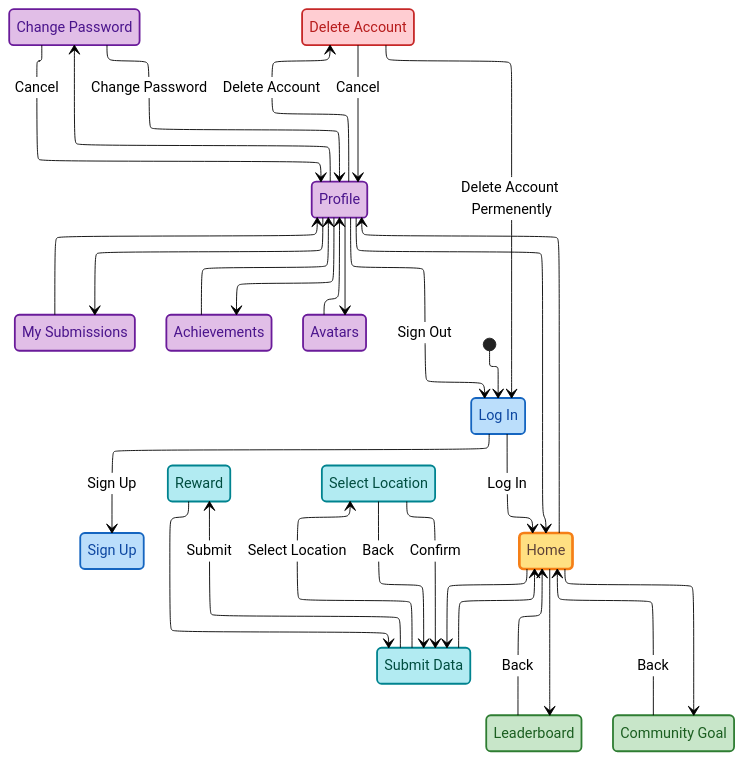
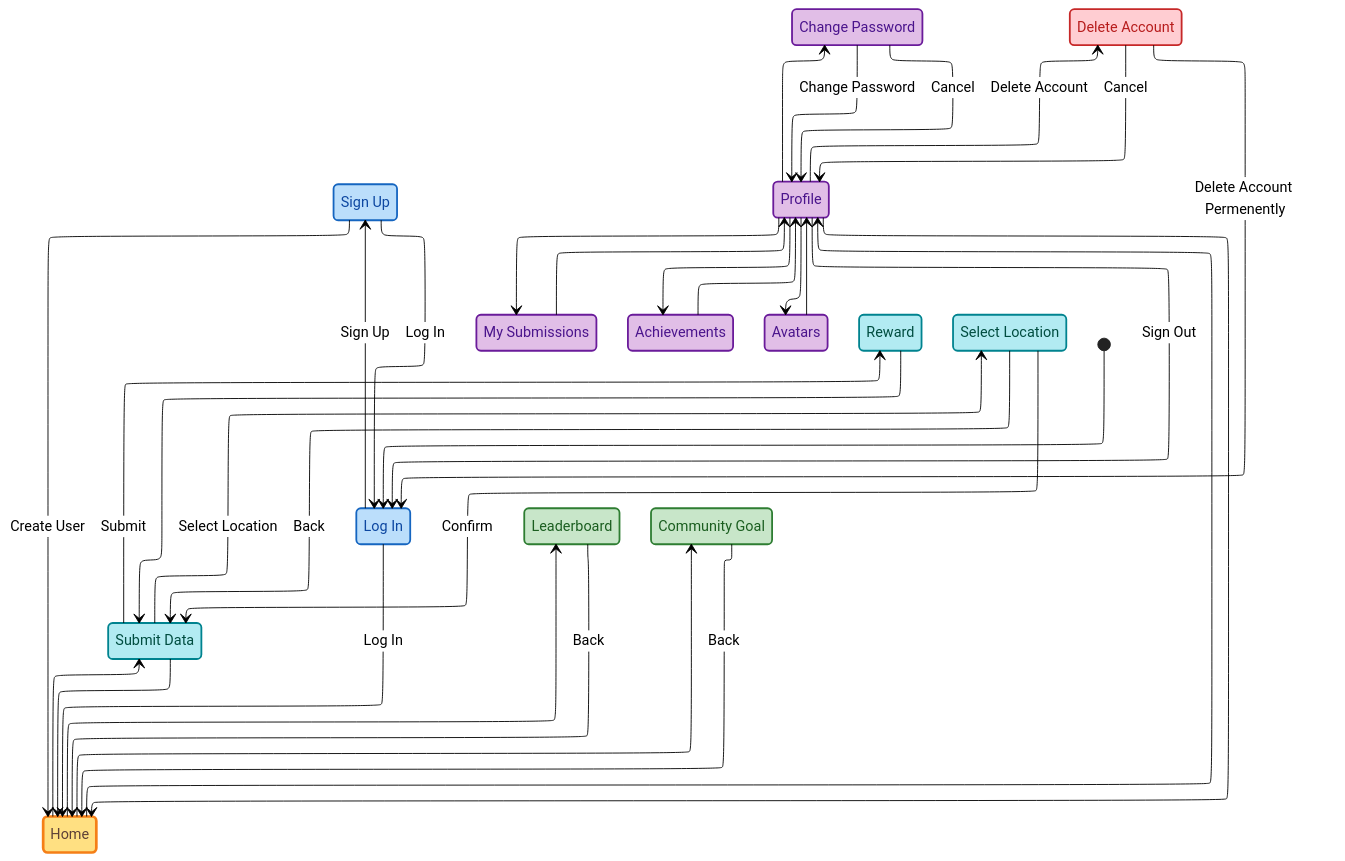
One commit to oslofjord-twin/citizen-science-api changed the diagram in docs/state-diagram.md. Above: the diagram before and after it, drawn with Mermaid (neutral theme). The commit also changed 11 other files, not shown here.

````diff
--- a/docs/state-diagram.md
+++ b/docs/state-diagram.md
@@ -1,68 +1,69 @@
 ```mermaid
 ---
 config:
     layout: elk
 ---
 stateDiagram-v2
     signUp: Sign Up
     logIn : Log In
     home : Home
     leaderboard : Leaderboard
     communityGoal : Community Goal
     submitData : Submit Data
     profile : Profile
     mySubmissions : My Submissions
     achievements : Achievements
     avatars : Avatars
     changePassword : Change Password
     reward: Reward
     deleteAccount : Delete Account
     selectLocation: Select Location
 
 
 
     [*] --> logIn
     logIn --> signUp : Sign Up
+    signUp --> home : Create User
+    signUp --> logIn : Log In
     logIn --> home : Log In
     home --> leaderboard
     home --> communityGoal
     home --> submitData
     home --> profile
     leaderboard --> home : Back
     communityGoal --> home : Back
     submitData --> home
     submitData --> selectLocation : Select Location
     submitData --> reward : Submit
     selectLocation --> submitData : Back
     selectLocation --> submitData : Confirm
     reward --> submitData
     profile --> home
     profile --> mySubmissions
     profile --> achievements
     profile --> avatars
     profile --> changePassword
     profile --> logIn : Sign Out
     profile --> deleteAccount : Delete Account
     deleteAccount --> profile : Cancel
     deleteAccount --> logIn : Delete Account Permenently
     mySubmissions --> profile
     achievements --> profile
     avatars --> profile
     changePassword --> profile : Change Password
     changePassword --> profile : Cancel
 
     classDef auth       fill:#BBDEFB,stroke:#1565C0,color:#0D47A1,stroke-width:2px
     classDef hub        fill:#FFE082,stroke:#F57F17,color:#5D4037,stroke-width:3px
     classDef community  fill:#C8E6C9,stroke:#2E7D32,color:#1B5E20,stroke-width:2px
     classDef data       fill:#B2EBF2,stroke:#00838F,color:#004D40,stroke-width:2px
     classDef profile    fill:#E1BEE7,stroke:#6A1B9A,color:#4A148C,stroke-width:2px
     classDef danger     fill:#FFCDD2,stroke:#C62828,color:#B71C1C,stroke-width:2px
 
     class logIn, signUp auth
     class home hub
     class leaderboard, communityGoal community
     class submitData, selectLocation, reward data
     class profile, mySubmissions, achievements, avatars, changePassword profile
     class deleteAccount danger
-
 ```
````
